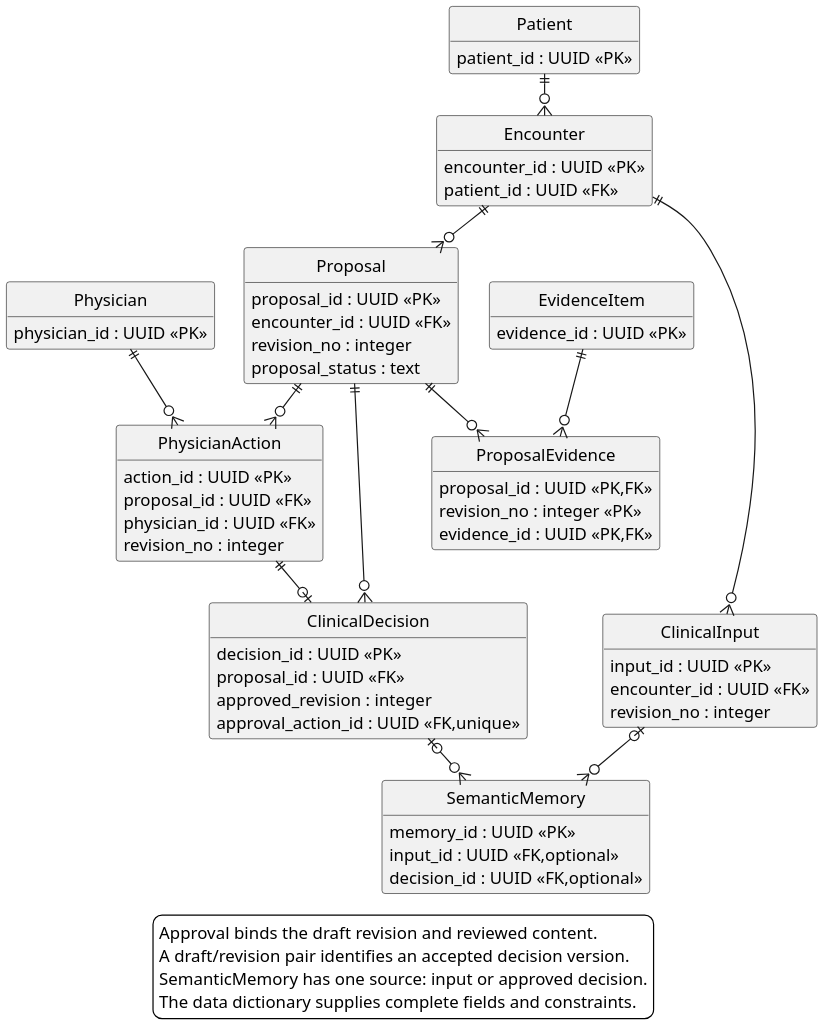
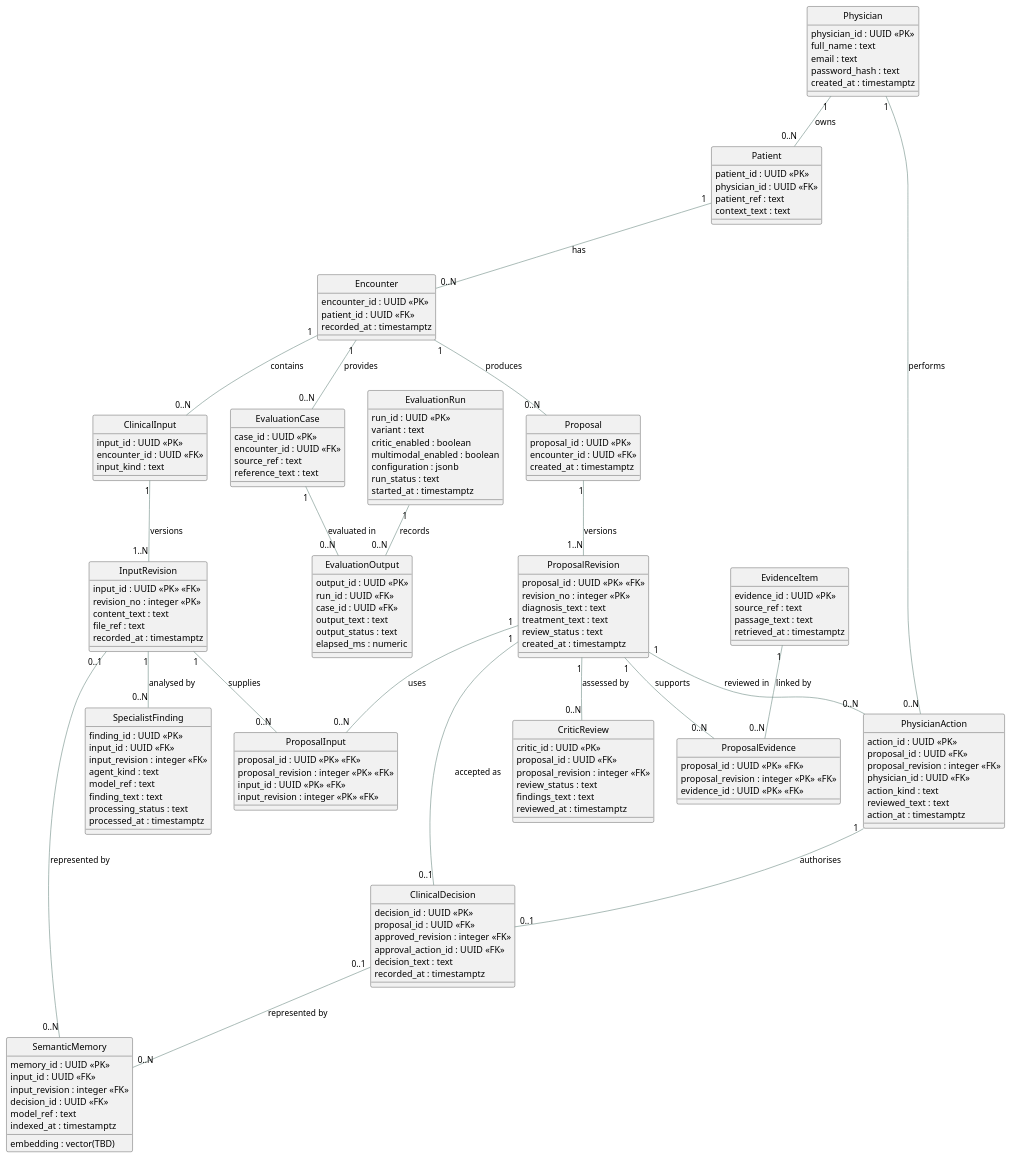
The diagram in kashaf/diagrams/kashaf_D03_hybrid_memory_er.puml (Kashaf-471/fyp-report), drawn with PlantUML before and after one commit. The commit also changed 114 other files, not shown here.

Commit message:
Update Kashaf chapters, GUI, navigation, ERD and feedback audit

```diff
--- a/kashaf/diagrams/kashaf_D03_hybrid_memory_er.puml
+++ b/kashaf/diagrams/kashaf_D03_hybrid_memory_er.puml
@@ -1,76 +1,156 @@
 @startuml
-' Owner: Kashaf Ali. Logical schema supporting complete-system requirements.
-top to bottom direction
+' Owner: Kashaf. Complete schema; Chen report figures rendered from DOT.
+hide circle
 skinparam backgroundColor white
-skinparam shadowing false
-skinparam dpi 180
-skinparam defaultFontName Arial
-skinparam defaultFontSize 14
-skinparam nodesep 25
-skinparam ranksep 35
-hide circle
-hide methods
-entity "Physician" {
- physician_id : UUID <<PK>>
+skinparam entityBackgroundColor #E0F2EB
+skinparam entityBorderColor #368D7D
+skinparam ArrowColor #7C9690
+entity Physician {
+  physician_id : UUID <<PK>>
+  full_name : text
+  email : text
+  password_hash : text
+  created_at : timestamptz
 }
-entity "Patient" {
- patient_id : UUID <<PK>>
+entity Patient {
+  patient_id : UUID <<PK>>
+  physician_id : UUID <<FK>>
+  patient_ref : text
+  context_text : text
 }
-entity "Encounter" {
- encounter_id : UUID <<PK>>
- patient_id : UUID <<FK>>
+entity Encounter {
+  encounter_id : UUID <<PK>>
+  patient_id : UUID <<FK>>
+  recorded_at : timestamptz
 }
-entity "ClinicalInput" {
- input_id : UUID <<PK>>
- encounter_id : UUID <<FK>>
- revision_no : integer
+entity ClinicalInput {
+  input_id : UUID <<PK>>
+  encounter_id : UUID <<FK>>
+  input_kind : text
 }
-entity "Proposal" {
- proposal_id : UUID <<PK>>
- encounter_id : UUID <<FK>>
- revision_no : integer
- proposal_status : text
+entity InputRevision {
+  input_id : UUID <<PK>> <<FK>>
+  revision_no : integer <<PK>>
+  content_text : text
+  file_ref : text
+  recorded_at : timestamptz
 }
-entity "EvidenceItem" {
- evidence_id : UUID <<PK>>
+entity SpecialistFinding {
+  finding_id : UUID <<PK>>
+  input_id : UUID <<FK>>
+  input_revision : integer <<FK>>
+  agent_kind : text
+  model_ref : text
+  finding_text : text
+  processing_status : text
+  processed_at : timestamptz
 }
-entity "ProposalEvidence" {
- proposal_id : UUID <<PK,FK>>
- revision_no : integer <<PK>>
- evidence_id : UUID <<PK,FK>>
+entity Proposal {
+  proposal_id : UUID <<PK>>
+  encounter_id : UUID <<FK>>
+  created_at : timestamptz
 }
-entity "PhysicianAction" {
- action_id : UUID <<PK>>
- proposal_id : UUID <<FK>>
- physician_id : UUID <<FK>>
- revision_no : integer
+entity ProposalRevision {
+  proposal_id : UUID <<PK>> <<FK>>
+  revision_no : integer <<PK>>
+  diagnosis_text : text
+  treatment_text : text
+  review_status : text
+  created_at : timestamptz
 }
-entity "ClinicalDecision" {
- decision_id : UUID <<PK>>
- proposal_id : UUID <<FK>>
- approved_revision : integer
- approval_action_id : UUID <<FK,unique>>
+entity ProposalInput {
+  proposal_id : UUID <<PK>> <<FK>>
+  proposal_revision : integer <<PK>> <<FK>>
+  input_id : UUID <<PK>> <<FK>>
+  input_revision : integer <<PK>> <<FK>>
 }
-entity "SemanticMemory" {
- memory_id : UUID <<PK>>
- input_id : UUID <<FK,optional>>
- decision_id : UUID <<FK,optional>>
+entity CriticReview {
+  critic_id : UUID <<PK>>
+  proposal_id : UUID <<FK>>
+  proposal_revision : integer <<FK>>
+  review_status : text
+  findings_text : text
+  reviewed_at : timestamptz
 }
-Patient ||--o{ Encounter
-Encounter ||--o{ ClinicalInput
-Encounter ||--o{ Proposal
-Proposal ||--o{ ProposalEvidence
-EvidenceItem ||--o{ ProposalEvidence
-Proposal ||--o{ PhysicianAction
-Physician ||--o{ PhysicianAction
-Proposal ||--o{ ClinicalDecision
-PhysicianAction ||--o| ClinicalDecision
-ClinicalInput |o--o{ SemanticMemory
-ClinicalDecision |o--o{ SemanticMemory
-legend bottom
- Approval binds the draft revision and reviewed content.
- A draft/revision pair identifies an accepted decision version.
- SemanticMemory has one source: input or approved decision.
- The data dictionary supplies complete fields and constraints.
-endlegend
+entity EvidenceItem {
+  evidence_id : UUID <<PK>>
+  source_ref : text
+  passage_text : text
+  retrieved_at : timestamptz
+}
+entity ProposalEvidence {
+  proposal_id : UUID <<PK>> <<FK>>
+  proposal_revision : integer <<PK>> <<FK>>
+  evidence_id : UUID <<PK>> <<FK>>
+}
+entity PhysicianAction {
+  action_id : UUID <<PK>>
+  proposal_id : UUID <<FK>>
+  proposal_revision : integer <<FK>>
+  physician_id : UUID <<FK>>
+  action_kind : text
+  reviewed_text : text
+  action_at : timestamptz
+}
+entity ClinicalDecision {
+  decision_id : UUID <<PK>>
+  proposal_id : UUID <<FK>>
+  approved_revision : integer <<FK>>
+  approval_action_id : UUID <<FK>>
+  decision_text : text
+  recorded_at : timestamptz
+}
+entity SemanticMemory {
+  memory_id : UUID <<PK>>
+  input_id : UUID <<FK>>
+  input_revision : integer <<FK>>
+  decision_id : UUID <<FK>>
+  embedding : vector(TBD)
+  model_ref : text
+  indexed_at : timestamptz
+}
+entity EvaluationCase {
+  case_id : UUID <<PK>>
+  encounter_id : UUID <<FK>>
+  source_ref : text
+  reference_text : text
+}
+entity EvaluationRun {
+  run_id : UUID <<PK>>
+  variant : text
+  critic_enabled : boolean
+  multimodal_enabled : boolean
+  configuration : jsonb
+  run_status : text
+  started_at : timestamptz
+}
+entity EvaluationOutput {
+  output_id : UUID <<PK>>
+  run_id : UUID <<FK>>
+  case_id : UUID <<FK>>
+  output_text : text
+  output_status : text
+  elapsed_ms : numeric
+}
+Physician "1" -- "0..N" Patient : owns
+Patient "1" -- "0..N" Encounter : has
+Encounter "1" -- "0..N" ClinicalInput : contains
+ClinicalInput "1" -- "1..N" InputRevision : versions
+InputRevision "1" -- "0..N" SpecialistFinding : analysed by
+Encounter "1" -- "0..N" Proposal : produces
+Proposal "1" -- "1..N" ProposalRevision : versions
+ProposalRevision "1" -- "0..N" ProposalInput : uses
+InputRevision "1" -- "0..N" ProposalInput : supplies
+ProposalRevision "1" -- "0..N" CriticReview : assessed by
+ProposalRevision "1" -- "0..N" ProposalEvidence : supports
+EvidenceItem "1" -- "0..N" ProposalEvidence : linked by
+Physician "1" -- "0..N" PhysicianAction : performs
+ProposalRevision "1" -- "0..N" PhysicianAction : reviewed in
+PhysicianAction "1" -- "0..1" ClinicalDecision : authorises
+ProposalRevision "1" -- "0..1" ClinicalDecision : accepted as
+InputRevision "0..1" -- "0..N" SemanticMemory : represented by
+ClinicalDecision "0..1" -- "0..N" SemanticMemory : represented by
+Encounter "1" -- "0..N" EvaluationCase : provides
+EvaluationCase "1" -- "0..N" EvaluationOutput : evaluated in
+EvaluationRun "1" -- "0..N" EvaluationOutput : records
 @enduml
```
